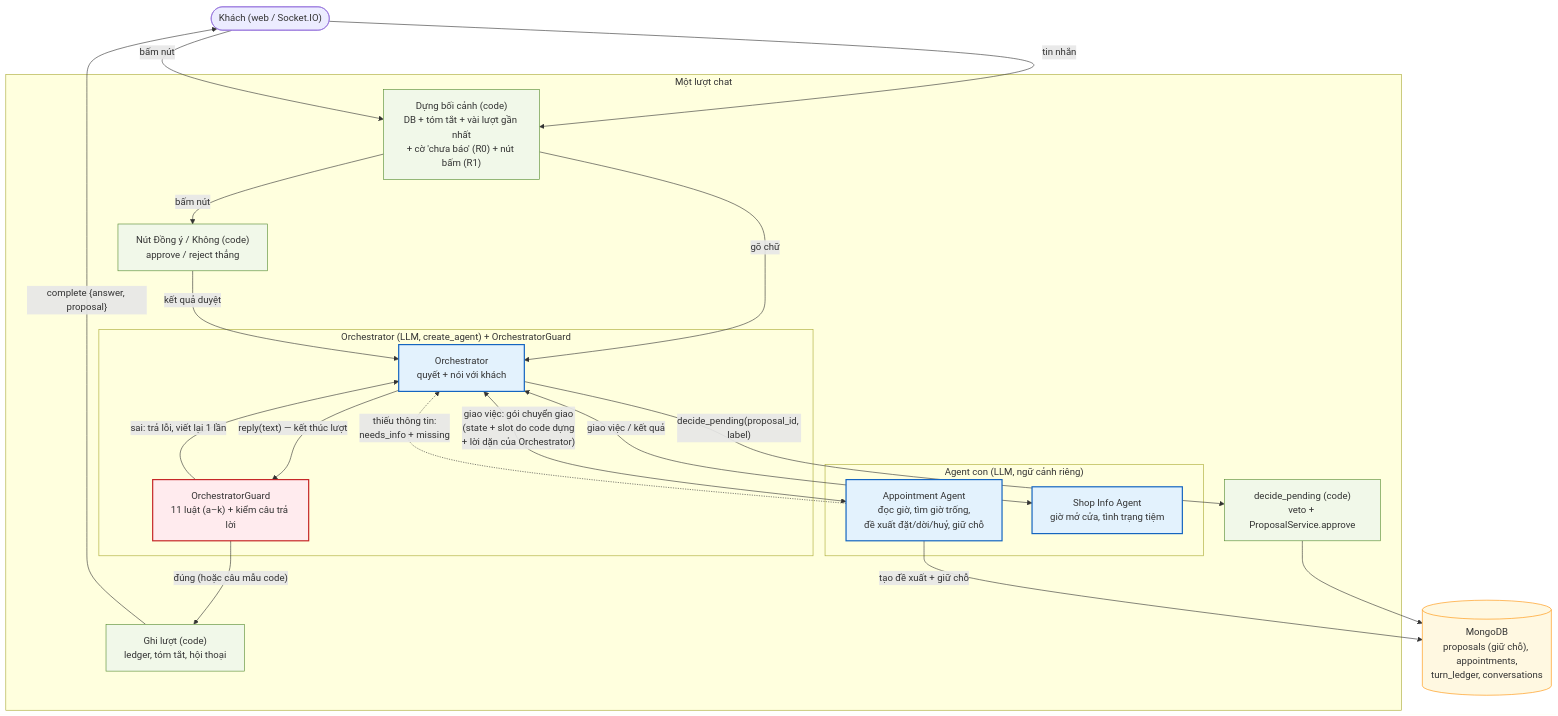
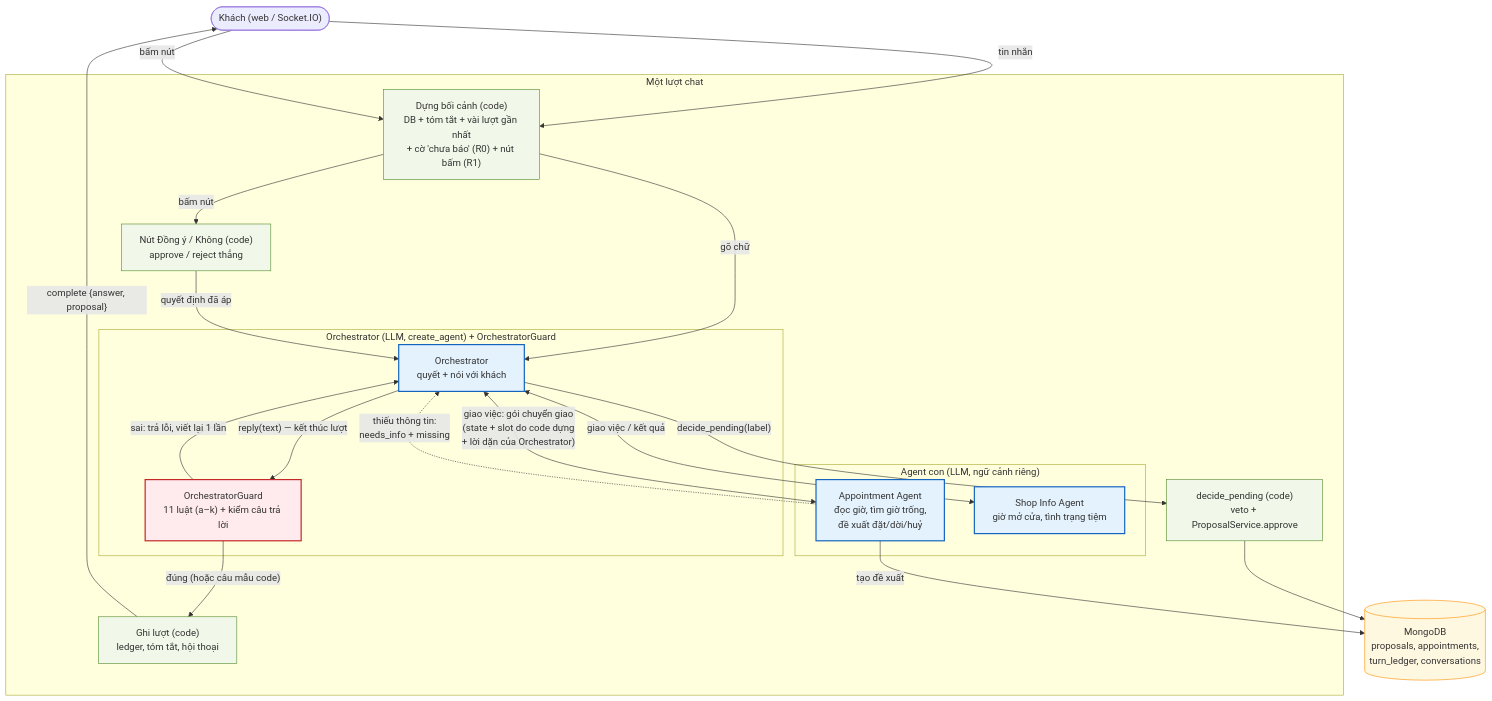
The first of 4 diagrams in docs/superpowers/specs/2026-11-08-orchestrator-speaks-design.md (BuiHenry1404/salona-booking), drawn with Mermaid before and after one commit. The commit also changed other lines of this file and 2 other files, not shown here.

````diff
--- a/docs/superpowers/specs/2026-11-08-orchestrator-speaks-design.md
+++ b/docs/superpowers/specs/2026-11-08-orchestrator-speaks-design.md
@@ -57,45 +55,45 @@
 ```mermaid
 flowchart TB
     classDef llm fill:#e3f2fd,stroke:#1565c0,stroke-width:2px;
     classDef code fill:#f1f8e9,stroke:#558b2f,stroke-width:1px;
     classDef guard fill:#ffebee,stroke:#c62828,stroke-width:2px;
     classDef data fill:#fff8e1,stroke:#ff8f00,stroke-width:1px;
 
     Khach(["Khách (web / Socket.IO)"])
 
     subgraph Turn ["Một lượt chat"]
         Ctx["Dựng bối cảnh (code)<br/>DB + tóm tắt + vài lượt gần nhất<br/>+ cờ 'chưa báo' (R0) + nút bấm (R1)"]:::code
         Btn["Nút Đồng ý / Không (code)<br/>approve / reject thẳng"]:::code
 
         subgraph OrchLoop ["Orchestrator (LLM, create_agent) + OrchestratorGuard"]
             Orch["Orchestrator<br/>quyết + nói với khách"]:::llm
             OG["OrchestratorGuard<br/>11 luật (a–k) + kiểm câu trả lời"]:::guard
         end
 
         subgraph Subs ["Agent con (LLM, ngữ cảnh riêng)"]
-            Appt["Appointment Agent<br/>đọc giờ, tìm giờ trống,<br/>đề xuất đặt/dời/huỷ, giữ chỗ"]:::llm
+            Appt["Appointment Agent<br/>đọc giờ, tìm giờ trống,<br/>đề xuất đặt/dời/huỷ"]:::llm
             Shop["Shop Info Agent<br/>giờ mở cửa, tình trạng tiệm"]:::llm
         end
 
         Decide["decide_pending (code)<br/>veto + ProposalService.approve"]:::code
         Rec["Ghi lượt (code)<br/>ledger, tóm tắt, hội thoại"]:::code
     end
 
-    DB[("MongoDB<br/>proposals (giữ chỗ), appointments,<br/>turn_ledger, conversations")]:::data
+    DB[("MongoDB<br/>proposals, appointments,<br/>turn_ledger, conversations")]:::data
 
     Khach -->|tin nhắn| Ctx
     Khach -->|bấm nút| Ctx
     Ctx -->|gõ chữ| Orch
     Ctx -->|bấm nút| Btn
-    Btn -->|kết quả duyệt| Orch
+    Btn -->|"quyết định đã áp"| Orch
     Orch <-->|"giao việc: gói chuyển giao<br/>(state + slot do code dựng<br/>+ lời dặn của Orchestrator)"| Appt
     Orch <-->|giao việc / kết quả| Shop
     Appt -.->|"thiếu thông tin:<br/>needs_info + missing"| Orch
-    Orch -->|"decide_pending(proposal_id, label)"| Decide
+    Orch -->|"decide_pending(label)"| Decide
     Decide --> DB
-    Appt -->|tạo đề xuất + giữ chỗ| DB
+    Appt -->|tạo đề xuất| DB
     Orch -->|"reply(text) — kết thúc lượt"| OG
     OG -->|"sai: trả lỗi, viết lại 1 lần"| Orch
     OG -->|"đúng (hoặc câu mẫu code)"| Rec
     Rec -->|"complete {answer, proposal}"| Khach
 ```
````
